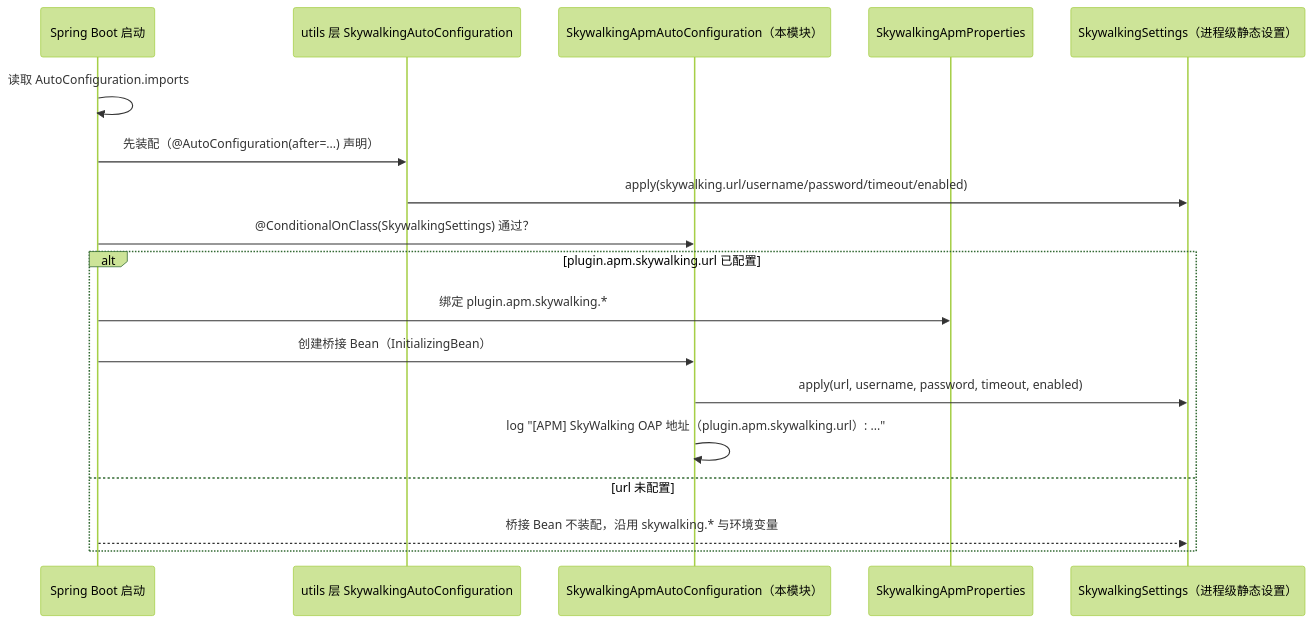
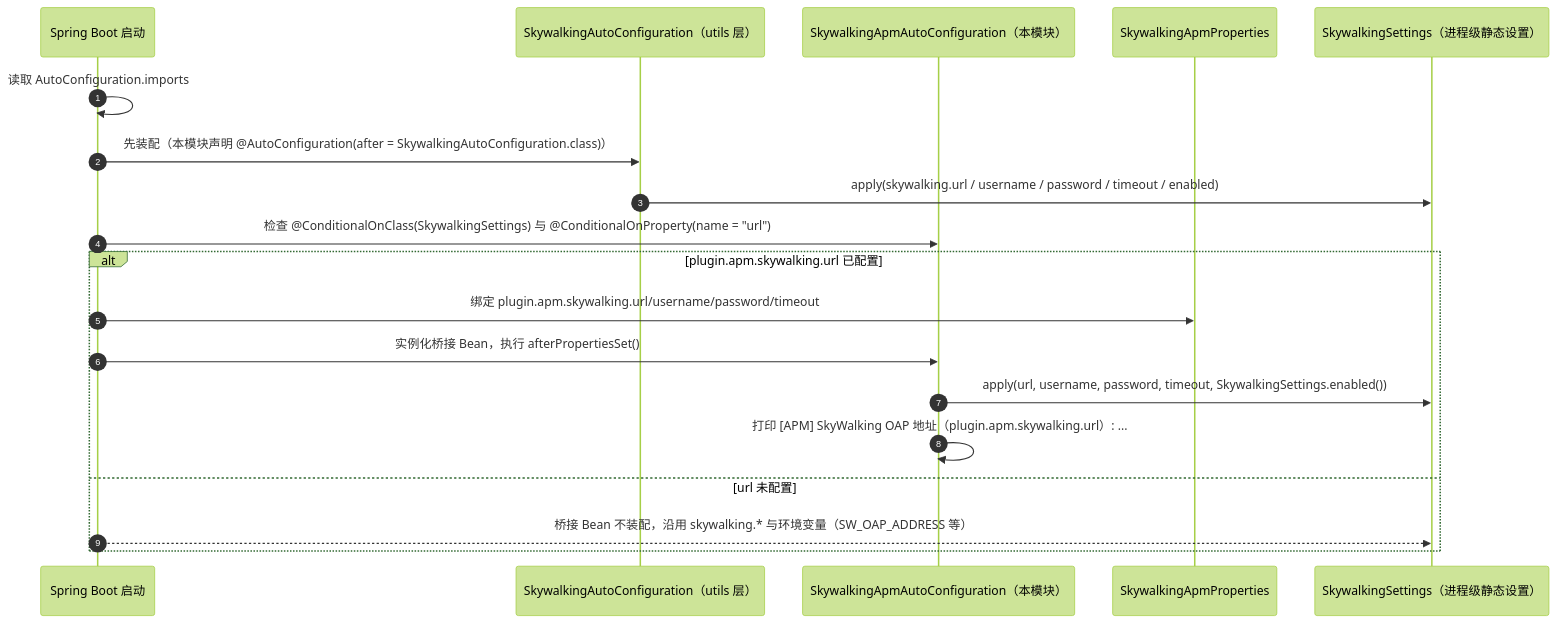
The second of 2 diagrams in spring-support-apm-skywalking-starter/README.md (CHTK001/spring-support-parent-starter), drawn with Mermaid (forest theme) before and after one commit. The commit also changed other lines of this file and 54 other files, not shown here.

````diff
--- a/spring-support-apm-skywalking-starter/README.md
+++ b/spring-support-apm-skywalking-starter/README.md
@@ -66,21 +51,22 @@
 ```mermaid
 sequenceDiagram
+    autonumber
     participant Boot as Spring Boot 启动
-    participant UK as utils 层 SkywalkingAutoConfiguration
+    participant UK as SkywalkingAutoConfiguration（utils 层）
     participant SW as SkywalkingApmAutoConfiguration（本模块）
     participant P as SkywalkingApmProperties
     participant S as SkywalkingSettings（进程级静态设置）
 
     Boot->>Boot: 读取 AutoConfiguration.imports
-    Boot->>UK: 先装配（@AutoConfiguration(after=...) 声明）
-    UK->>S: apply(skywalking.url/username/password/timeout/enabled)
-    Boot->>SW: @ConditionalOnClass(SkywalkingSettings) 通过？
+    Boot->>UK: 先装配（本模块声明 @AutoConfiguration(after = SkywalkingAutoConfiguration.class)）
+    UK->>S: apply(skywalking.url / username / password / timeout / enabled)
+    Boot->>SW: 检查 @ConditionalOnClass(SkywalkingSettings) 与 @ConditionalOnProperty(name = "url")
     alt plugin.apm.skywalking.url 已配置
-        Boot->>P: 绑定 plugin.apm.skywalking.*
-        Boot->>SW: 创建桥接 Bean（InitializingBean）
-        SW->>S: apply(url, username, password, timeout, enabled)
-        SW->>SW: log "[APM] SkyWalking OAP 地址（plugin.apm.skywalking.url）: ..."
+        Boot->>P: 绑定 plugin.apm.skywalking.url/username/password/timeout
+        Boot->>SW: 实例化桥接 Bean，执行 afterPropertiesSet()
+        SW->>S: apply(url, username, password, timeout, SkywalkingSettings.enabled())
+        SW->>SW: 打印 [APM] SkyWalking OAP 地址（plugin.apm.skywalking.url）: ...
     else url 未配置
-        Boot-->>S: 桥接 Bean 不装配，沿用 skywalking.* 与环境变量
+        Boot-->>S: 桥接 Bean 不装配，沿用 skywalking.* 与环境变量（SW_OAP_ADDRESS 等）
     end
 ```
````
